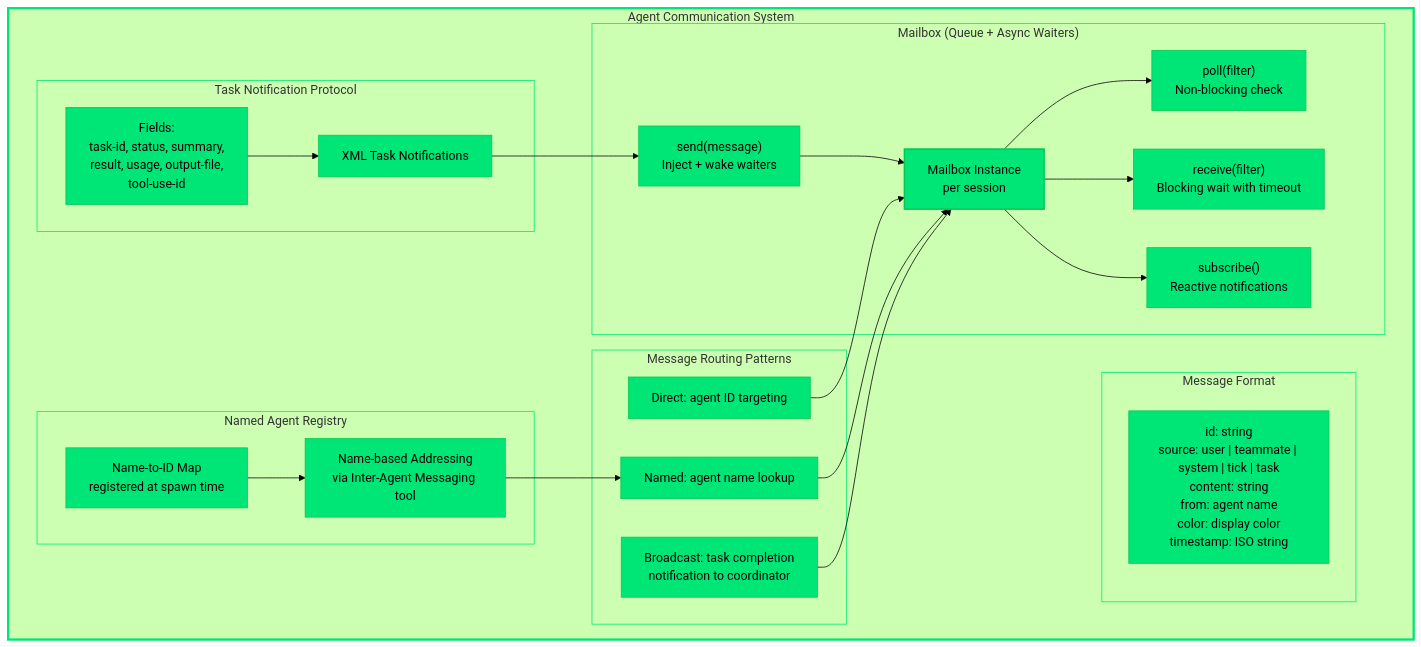
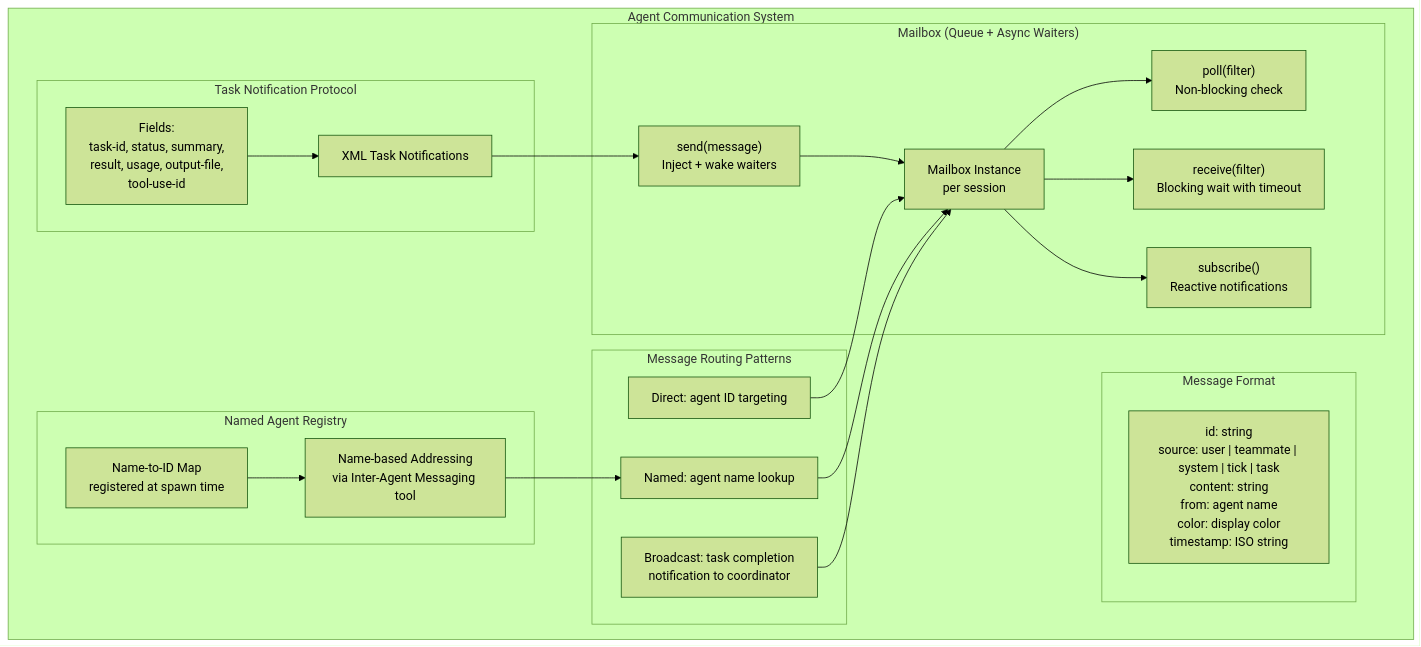
Before and after one commit to PavelValentov/multi-agent-architecture: diagram 13 of 14 in DIAGRAMS.md, drawn with Mermaid (forest theme). The commit also changed other lines of this file, not shown here.

First line of the commit message:
Remove green highlighting from all diagrams

````diff
--- a/DIAGRAMS.md
+++ b/DIAGRAMS.md
@@ -1069,64 +1014,45 @@
 ```mermaid
 graph TB
     subgraph AgentComm["Agent Communication System"]
         subgraph MailboxSystem["Mailbox (Queue + Async Waiters)"]
             MB_CLASS["Mailbox Instance<br/>per session"]
             SEND["send(message)<br/>Inject + wake waiters"]
             POLL["poll(filter)<br/>Non-blocking check"]
             RECEIVE["receive(filter)<br/>Blocking wait with timeout"]
             SUBSCRIBE["subscribe()<br/>Reactive notifications"]
         end
 
         subgraph MessageFormat["Message Format"]
             MSG_FIELDS["id: string<br/>source: user | teammate | system | tick | task<br/>content: string<br/>from: agent name<br/>color: display color<br/>timestamp: ISO string"]
         end
 
         subgraph TaskNotifications["Task Notification Protocol"]
             TASK_NOTIF["XML Task Notifications"]
             NOTIF_FIELDS["Fields:<br/>task-id, status, summary,<br/>result, usage, output-file,<br/>tool-use-id"]
         end
 
         subgraph NameRegistry["Named Agent Registry"]
             REG_MAP["Name-to-ID Map<br/>registered at spawn time"]
             LOOKUP["Name-based Addressing<br/>via Inter-Agent Messaging tool"]
         end
 
         subgraph MessageRouting["Message Routing Patterns"]
             DIRECT["Direct: agent ID targeting"]
             NAMED["Named: agent name lookup"]
             BROADCAST["Broadcast: task completion<br/>notification to coordinator"]
         end
     end
 
     SEND --> MB_CLASS
     MB_CLASS --> POLL
     MB_CLASS --> RECEIVE
     MB_CLASS --> SUBSCRIBE
     TASK_NOTIF --> SEND
     NOTIF_FIELDS --> TASK_NOTIF
     REG_MAP --> LOOKUP
     LOOKUP --> NAMED
     DIRECT --> MB_CLASS
     NAMED --> MB_CLASS
     BROADCAST --> MB_CLASS
 
-    style AgentComm stroke:#00e676,stroke-width:3px
-    style MailboxSystem stroke:#00e676,stroke-width:1px
-    style MessageFormat stroke:#00e676,stroke-width:1px
-    style TaskNotifications stroke:#00e676,stroke-width:1px
-    style NameRegistry stroke:#00e676,stroke-width:1px
-    style MessageRouting stroke:#00e676,stroke-width:1px
-    style MB_CLASS fill:#00e676,stroke:#00c853,stroke-width:2px,color:#000
-    style SEND fill:#00e676,stroke:#00c853,stroke-width:1px,color:#000
-    style POLL fill:#00e676,stroke:#00c853,stroke-width:1px,color:#000
-    style RECEIVE fill:#00e676,stroke:#00c853,stroke-width:1px,color:#000
-    style SUBSCRIBE fill:#00e676,stroke:#00c853,stroke-width:1px,color:#000
-    style TASK_NOTIF fill:#00e676,stroke:#00c853,stroke-width:1px,color:#000
-    style REG_MAP fill:#00e676,stroke:#00c853,stroke-width:1px,color:#000
-    style LOOKUP fill:#00e676,stroke:#00c853,stroke-width:1px,color:#000
-    style MSG_FIELDS fill:#00e676,stroke:#00c853,stroke-width:1px,color:#000
-    style NOTIF_FIELDS fill:#00e676,stroke:#00c853,stroke-width:1px,color:#000
-    style DIRECT fill:#00e676,stroke:#00c853,stroke-width:1px,color:#000
-    style NAMED fill:#00e676,stroke:#00c853,stroke-width:1px,color:#000
-    style BROADCAST fill:#00e676,stroke:#00c853,stroke-width:1px,color:#000
 ```
````
